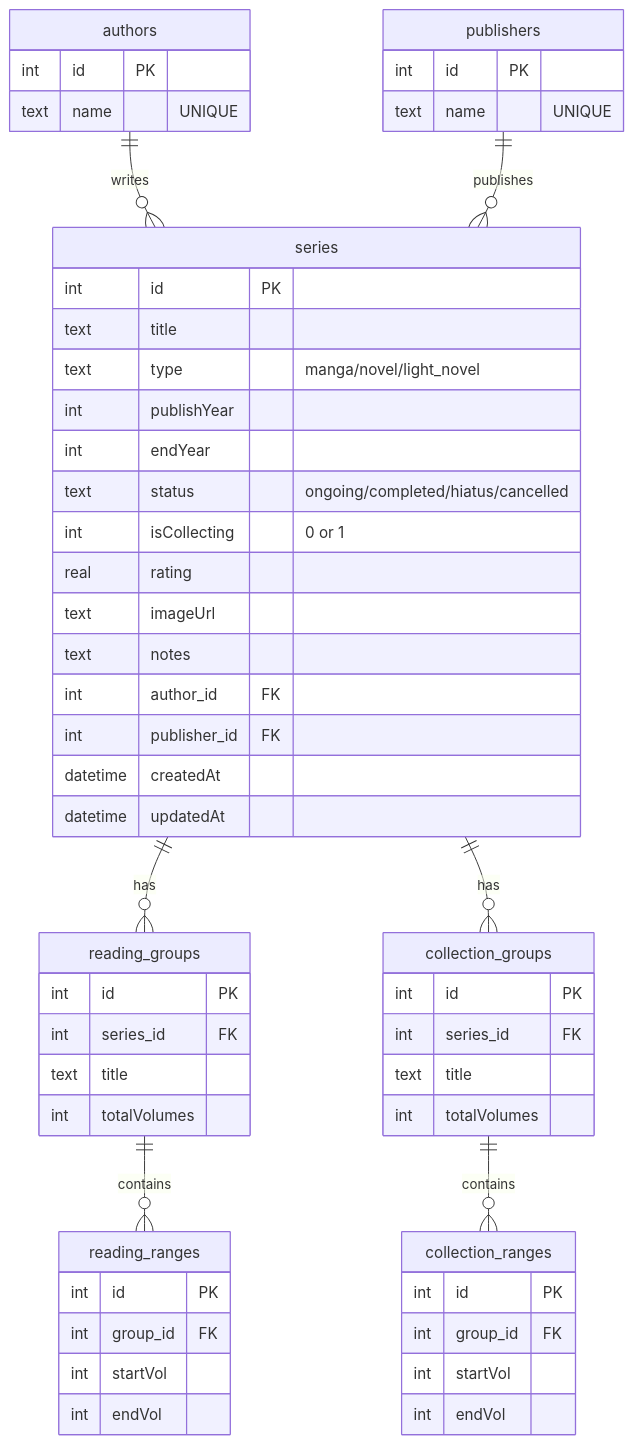
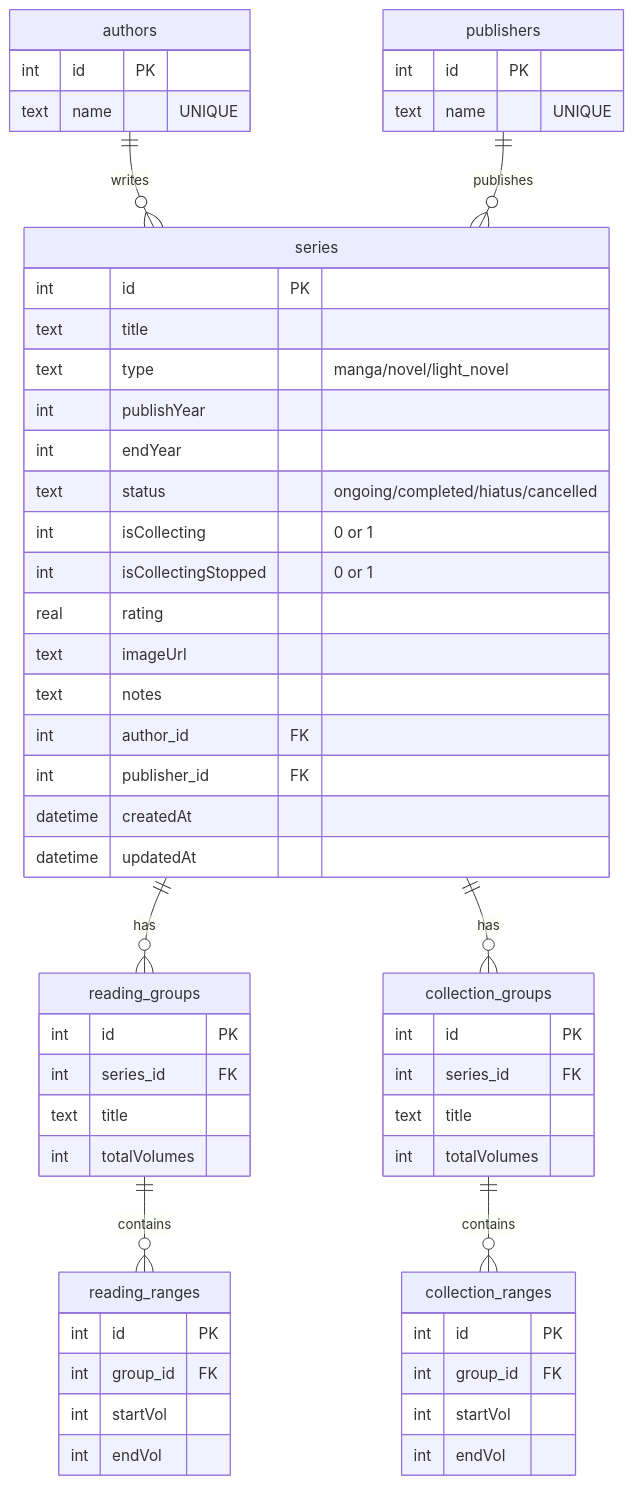
One commit to nex1a1/Book-Tracker changed the diagram in README.md. Above: the diagram before and after it, drawn with Mermaid. The commit also changed other lines of this file, not shown here.

````diff
--- a/README.md
+++ b/README.md
@@ -95,58 +105,59 @@
 ```mermaid
 erDiagram
     authors ||--o{ series : "writes"
     publishers ||--o{ series : "publishes"
     series ||--o{ reading_groups : "has"
     reading_groups ||--o{ reading_ranges : "contains"
     series ||--o{ collection_groups : "has"
     collection_groups ||--o{ collection_ranges : "contains"
 
     authors {
         int id PK
         text name "UNIQUE"
     }
     publishers {
         int id PK
         text name "UNIQUE"
     }
     series {
         int id PK
         text title
         text type "manga/novel/light_novel"
         int publishYear
         int endYear
         text status "ongoing/completed/hiatus/cancelled"
         int isCollecting "0 or 1"
+        int isCollectingStopped "0 or 1"
         real rating
         text imageUrl
         text notes
         int author_id FK
         int publisher_id FK
         datetime createdAt
         datetime updatedAt
     }
     reading_groups {
         int id PK
         int series_id FK
         text title
         int totalVolumes
     }
     reading_ranges {
         int id PK
         int group_id FK
         int startVol
         int endVol
     }
     collection_groups {
         int id PK
         int series_id FK
         text title
         int totalVolumes
     }
     collection_ranges {
         int id PK
         int group_id FK
         int startVol
         int endVol
     }
 ```
````
